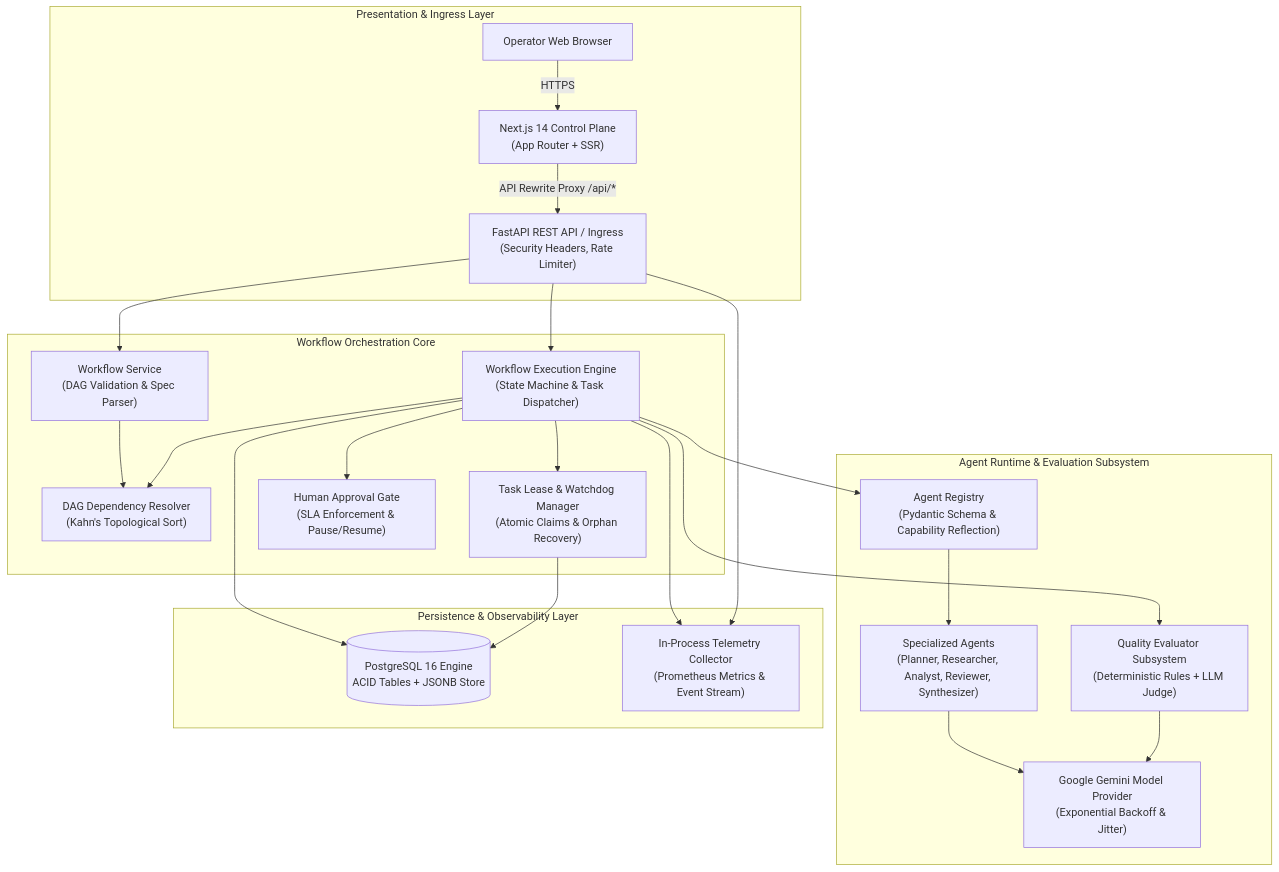
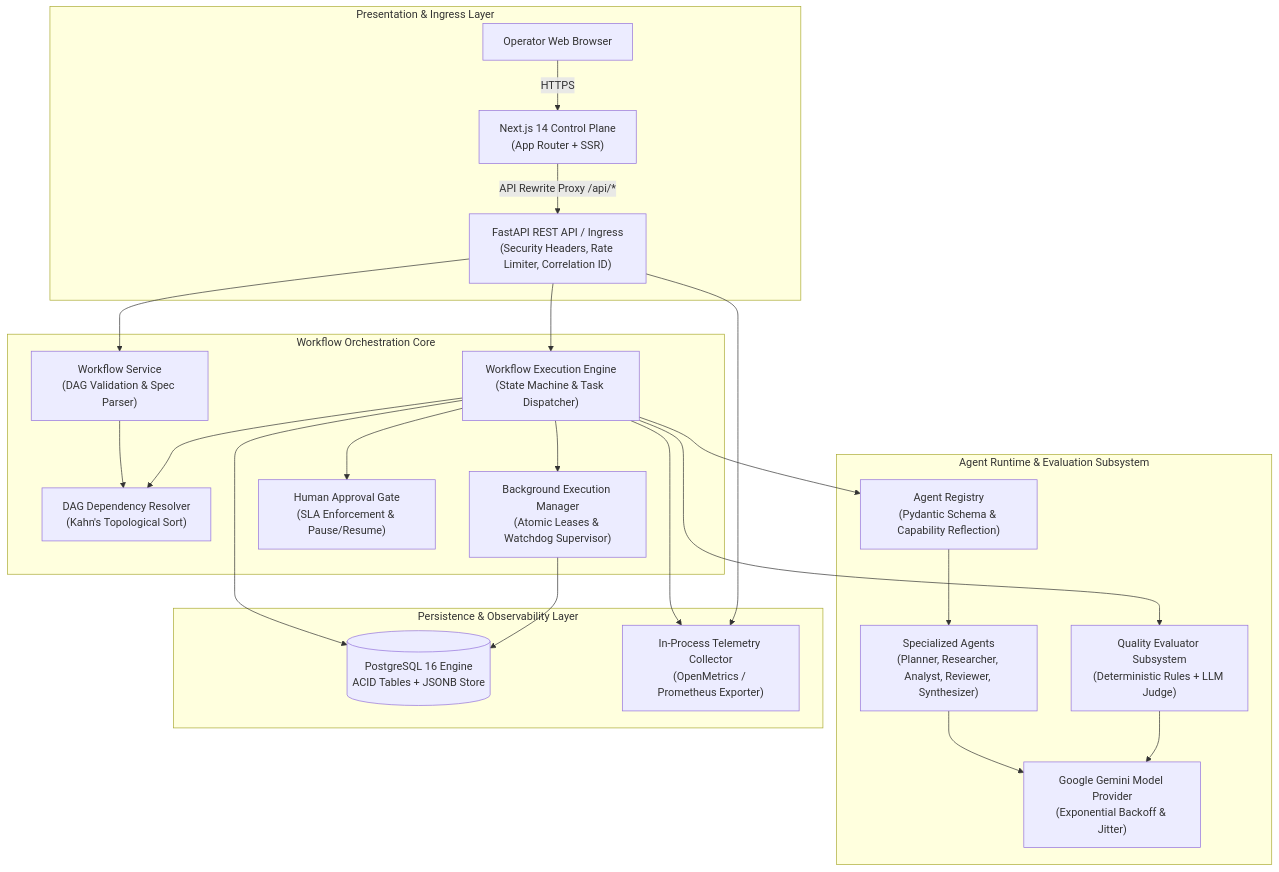
Before and after one commit to jacobjerryarackal/multi-agent-workflow-orchestrator: the first of 5 diagrams in README.md, drawn with Mermaid. The commit also changed other lines of this file, not shown here.

Commit message:
docs: update README with API reference, state machine details, and refined architectural diagrams

````diff
--- a/README.md
+++ b/README.md
@@ -111,46 +112,46 @@
 ```mermaid
 flowchart TB
     subgraph ClientLayer["Presentation & Ingress Layer"]
         Browser["Operator Web Browser"]
         NextJS["Next.js 14 Control Plane\n(App Router + SSR)"]
-        FastAPI["FastAPI REST API / Ingress\n(Security Headers, Rate Limiter)"]
+        FastAPI["FastAPI REST API / Ingress\n(Security Headers, Rate Limiter, Correlation ID)"]
     end
 
     subgraph OrchestrationLayer["Workflow Orchestration Core"]
         WFService["Workflow Service\n(DAG Validation & Spec Parser)"]
         DAG["DAG Dependency Resolver\n(Kahn's Topological Sort)"]
         Engine["Workflow Execution Engine\n(State Machine & Task Dispatcher)"]
-        LeaseMgr["Task Lease & Watchdog Manager\n(Atomic Claims & Orphan Recovery)"]
+        LeaseMgr["Background Execution Manager\n(Atomic Leases & Watchdog Supervisor)"]
         ApprovalGate["Human Approval Gate\n(SLA Enforcement & Pause/Resume)"]
     end
 
     subgraph AgentLayer["Agent Runtime & Evaluation Subsystem"]
         Registry["Agent Registry\n(Pydantic Schema & Capability Reflection)"]
         BuiltinAgents["Specialized Agents\n(Planner, Researcher, Analyst, Reviewer, Synthesizer)"]
         Evaluator["Quality Evaluator Subsystem\n(Deterministic Rules + LLM Judge)"]
         GeminiProvider["Google Gemini Model Provider\n(Exponential Backoff & Jitter)"]
     end
 
     subgraph StorageLayer["Persistence & Observability Layer"]
         DB[(PostgreSQL 16 Engine\nACID Tables + JSONB Store)]
-        Telemetry["In-Process Telemetry Collector\n(Prometheus Metrics & Event Stream)"]
+        Telemetry["In-Process Telemetry Collector\n(OpenMetrics / Prometheus Exporter)"]
     end
 
     Browser -->|HTTPS| NextJS
     NextJS -->|API Rewrite Proxy /api/*| FastAPI
     FastAPI --> WFService
     FastAPI --> Engine
     WFService --> DAG
     Engine --> DAG
     Engine --> LeaseMgr
     Engine --> ApprovalGate
     Engine --> Registry
     Registry --> BuiltinAgents
     BuiltinAgents --> GeminiProvider
     Engine --> Evaluator
     Evaluator --> GeminiProvider
     Engine --> DB
     LeaseMgr --> DB
     Engine --> Telemetry
     FastAPI --> Telemetry
 ```
````
